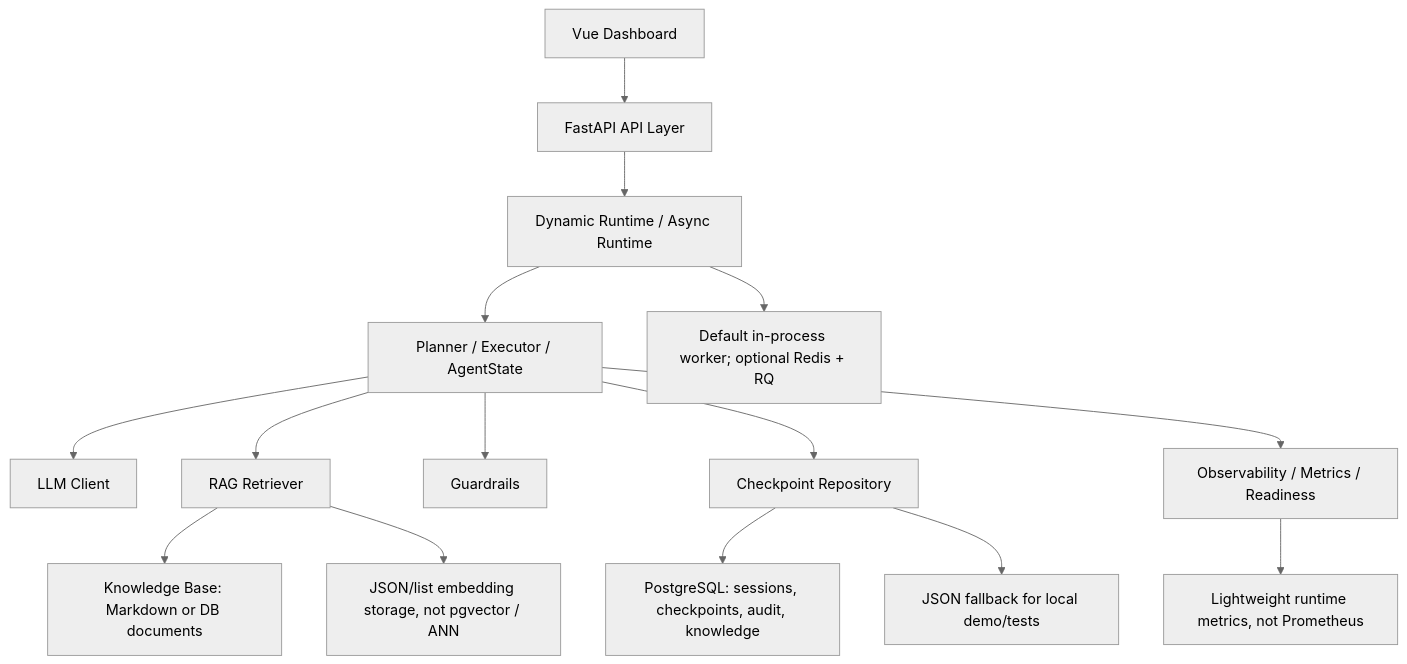
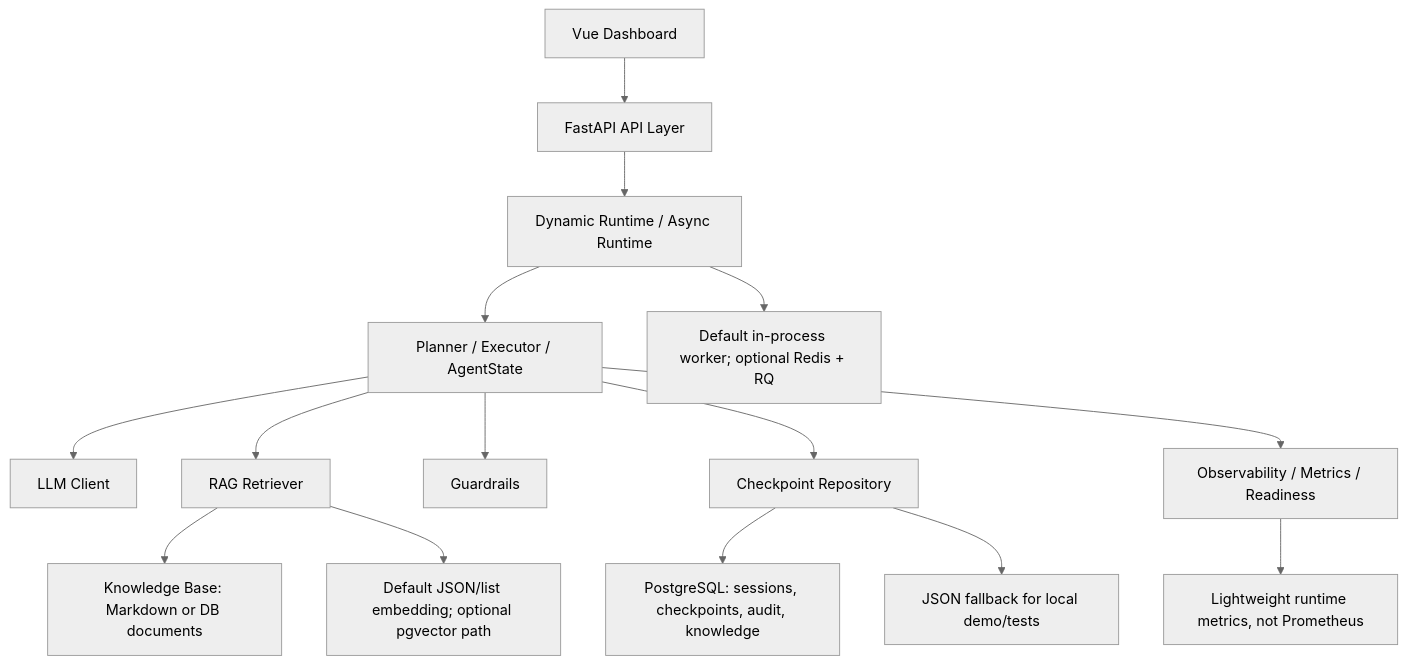
The second of 2 diagrams in README.md (Zzzzzzzuj/CrisisAgent), drawn with Mermaid (neutral theme) before and after one commit. The commit also changed other lines of this file and 18 other files, not shown here.

````diff
--- a/README.md
+++ b/README.md
@@ -59,17 +59,17 @@
 ```mermaid
 flowchart TD
     A["Vue Dashboard"] --> B["FastAPI API Layer"]
     B --> C["Dynamic Runtime / Async Runtime"]
     C --> D["Planner / Executor / AgentState"]
     D --> E["LLM Client"]
     D --> F["RAG Retriever"]
     D --> G["Guardrails"]
     D --> H["Checkpoint Repository"]
     H --> I["PostgreSQL: sessions, checkpoints, audit, knowledge"]
     H --> J["JSON fallback for local demo/tests"]
     F --> K["Knowledge Base: Markdown or DB documents"]
     D --> L["Observability / Metrics / Readiness"]
     L --> M["Lightweight runtime metrics, not Prometheus"]
     C --> N["Default in-process worker; optional Redis + RQ"]
-    F --> O["JSON/list embedding storage, not pgvector / ANN"]
+    F --> O["Default JSON/list embedding; optional pgvector path"]
 ```
````
